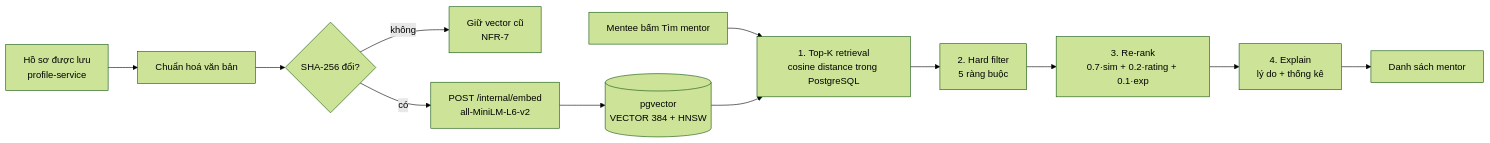
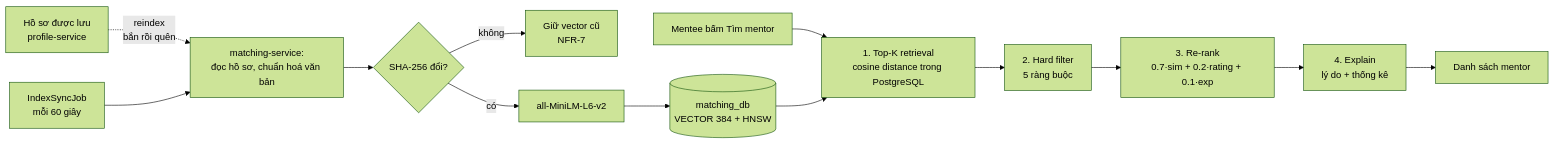
One commit to quangpham10212004/do_an_2026 changed the second of 5 diagrams in docs/ai-features.md. Above: the diagram before and after it, drawn with Mermaid (forest theme). The commit also changed other lines of this file and 185 other files, not shown here.

````diff
--- a/docs/ai-features.md
+++ b/docs/ai-features.md
@@ -67,15 +68,16 @@
 ```mermaid
 flowchart LR
-    P[Hồ sơ được lưu<br/>profile-service] --> N[Chuẩn hoá văn bản]
+    P[Hồ sơ được lưu<br/>profile-service] -. "reindex<br/>bắn rồi quên" .-> N
+    JOB[IndexSyncJob<br/>mỗi 60 giây] --> N[matching-service:<br/>đọc hồ sơ, chuẩn hoá văn bản]
     N --> H{SHA-256 đổi?}
     H -- không --> SKIP[Giữ vector cũ<br/>NFR-7]
-    H -- có --> E[POST /internal/embed<br/>all-MiniLM-L6-v2]
-    E --> V[(pgvector<br/>VECTOR 384 + HNSW)]
+    H -- có --> E[all-MiniLM-L6-v2]
+    E --> V[(matching_db<br/>VECTOR 384 + HNSW)]
 
     Q[Mentee bấm Tìm mentor] --> R1[1. Top-K retrieval<br/>cosine distance trong PostgreSQL]
     V --> R1
     R1 --> R2[2. Hard filter<br/>5 ràng buộc]
     R2 --> R3[3. Re-rank<br/>0.7·sim + 0.2·rating + 0.1·exp]
     R3 --> R4[4. Explain<br/>lý do + thống kê]
     R4 --> OUT[Danh sách mentor]
 ```
````
